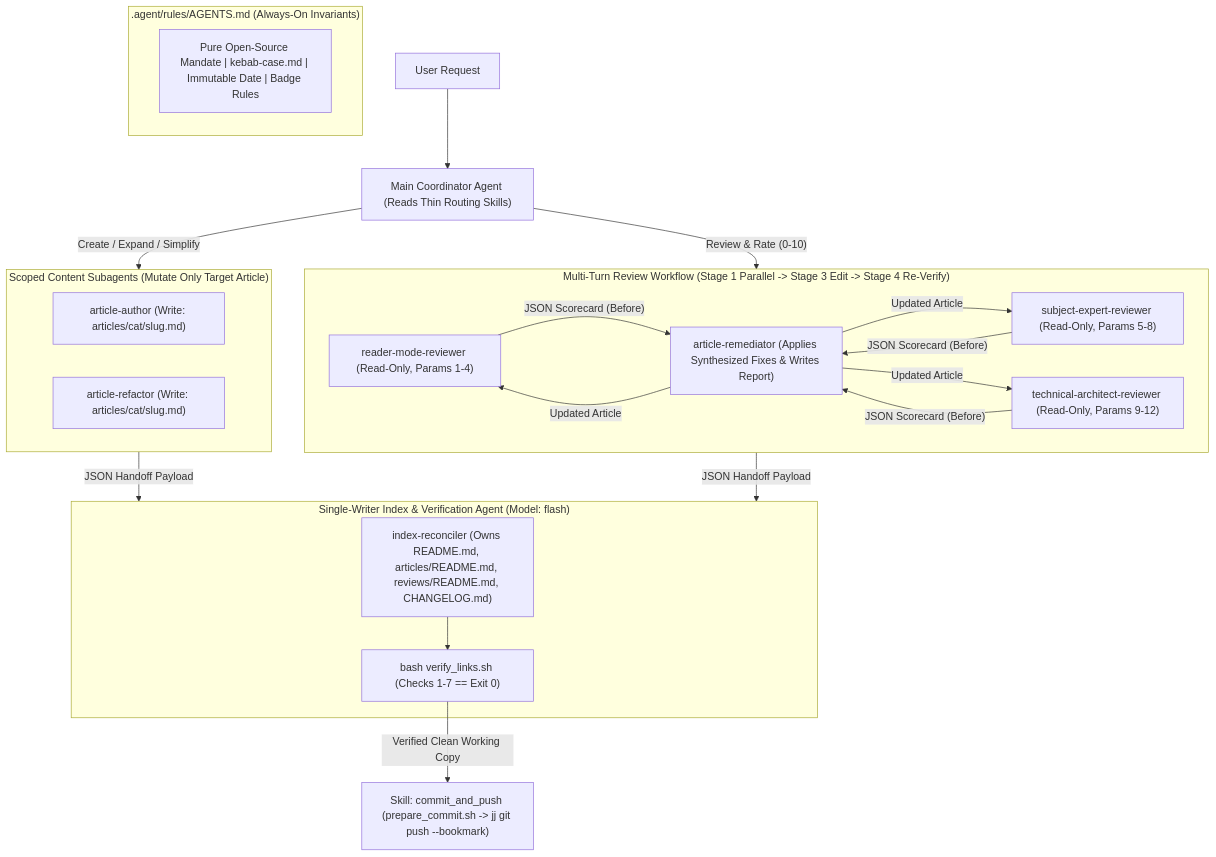
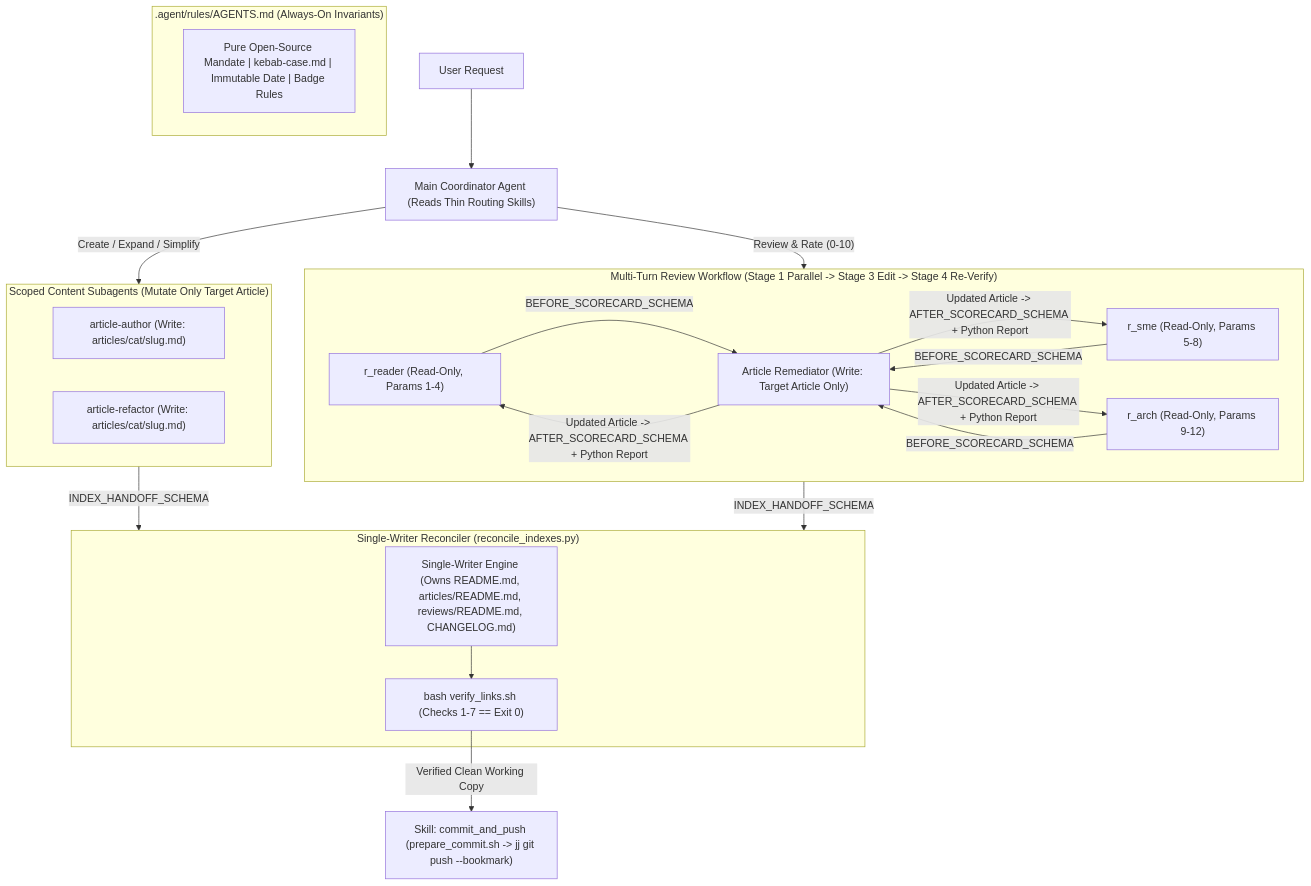
The diagram in plan/02-skills-to-agents-evaluation-and-architecture.md (rohithtp/ThoughtsInWords), drawn with Mermaid before and after one commit. The commit also changed other lines of this file and 14 other files, not shown here.

Commit message:
feat(agent): implement Option A4 single-writer reconciler, Option B4 schema-validated review workflow, and shared rules

````diff
--- a/plan/02-skills-to-agents-evaluation-and-architecture.md
+++ b/plan/02-skills-to-agents-evaluation-and-architecture.md
@@ -135,36 +127,36 @@
 ```mermaid
 flowchart TD
     User["User Request"] --> Coord["Main Coordinator Agent (Reads Thin Routing Skills)"]
 
     subgraph Rules[".agent/rules/AGENTS.md (Always-On Invariants)"]
         Inv["Pure Open-Source Mandate | kebab-case.md | Immutable Date | Badge Rules"]
     end
 
     Coord -->|"Create / Expand / Simplify"| ContentAgents
-    Coord -->|"Review & Rate (0-10)"| ReviewWorkflow["run_workflow: review_pipeline.py"]
+    Coord -->|"Review & Rate (0-10)"| ReviewWorkflow["run_workflow: run_review_workflow.py"]
 
     subgraph ContentAgents["Scoped Content Subagents (Mutate Only Target Article)"]
         Author["article-author (Write: articles/cat/slug.md)"]
         Refactor["article-refactor (Write: articles/cat/slug.md)"]
     end
 
     subgraph ReviewWorkflow["Multi-Turn Review Workflow (Stage 1 Parallel -> Stage 3 Edit -> Stage 4 Re-Verify)"]
-        R1["reader-mode-reviewer (Read-Only, Params 1-4)"]
-        R2["subject-expert-reviewer (Read-Only, Params 5-8)"]
-        R3["technical-architect-reviewer (Read-Only, Params 9-12)"]
-        Remediator["article-remediator (Applies Synthesized Fixes & Writes Report)"]
-        R1 & R2 & R3 -->|"JSON Scorecard (Before)"| Remediator
-        Remediator -->|"Updated Article"| R1 & R2 & R3
+        R1["r_reader (Read-Only, Params 1-4)"]
+        R2["r_sme (Read-Only, Params 5-8)"]
+        R3["r_arch (Read-Only, Params 9-12)"]
+        Remediator["Article Remediator (Write: Target Article Only)"]
+        R1 & R2 & R3 -->|"BEFORE_SCORECARD_SCHEMA"| Remediator
+        Remediator -->|"Updated Article -> AFTER_SCORECARD_SCHEMA + Python Report"| R1 & R2 & R3
     end
 
-    ContentAgents -->|"JSON Handoff Payload"| Reconciler
-    ReviewWorkflow -->|"JSON Handoff Payload"| Reconciler
+    ContentAgents -->|"INDEX_HANDOFF_SCHEMA"| Reconciler
+    ReviewWorkflow -->|"INDEX_HANDOFF_SCHEMA"| Reconciler
 
-    subgraph Reconciler["Single-Writer Index & Verification Agent (Model: flash)"]
-        Org["index-reconciler (Owns README.md, articles/README.md, reviews/README.md, CHANGELOG.md)"]
+    subgraph Reconciler["Single-Writer Reconciler (reconcile_indexes.py)"]
+        Org["Single-Writer Engine (Owns README.md, articles/README.md, reviews/README.md, CHANGELOG.md)"]
         Gate["bash verify_links.sh (Checks 1-7 == Exit 0)"]
         Org --> Gate
     end
 
     Gate -->|"Verified Clean Working Copy"| JJSkill["Skill: commit_and_push (prepare_commit.sh -> jj git push --bookmark)"]
 ```
````
